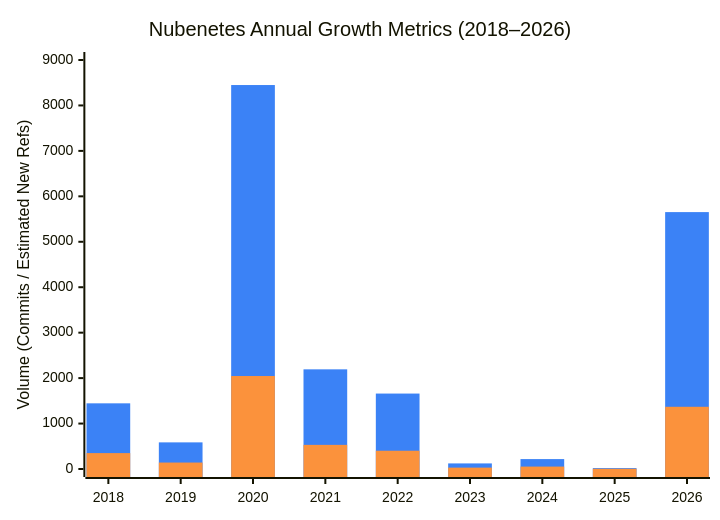
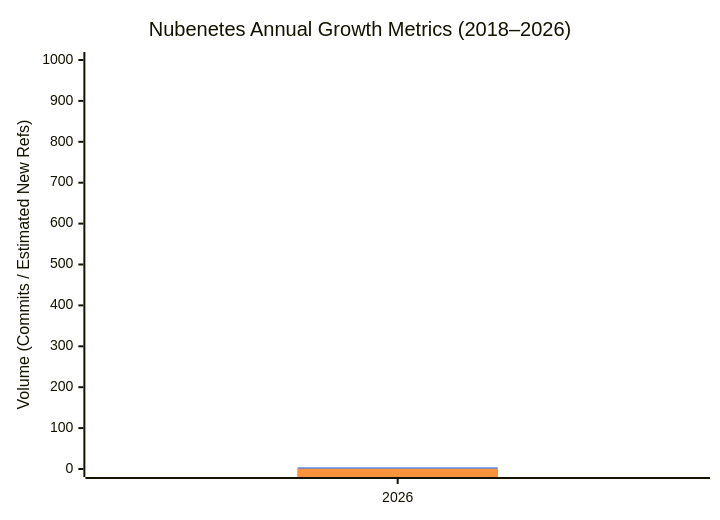
One commit to sec-js/awesome-kubernetes changed the first of 10 diagrams in README.md. Above: the diagram before and after it, drawn with Mermaid. The commit also changed other lines of this file and 31 other files, not shown here.

````diff
--- a/README.md
+++ b/README.md
@@ -184,15 +176,15 @@
 ```mermaid
 ---
 config:
   themeVariables:
     xyChart:
       plotColorPalette: '#3b82f6, #fb923c'
   theme: mc
 ---
 xychart-beta
     title "Nubenetes Annual Growth Metrics (2018–2026)"
-    x-axis ["2018", "2019", "2020", "2021", "2022", "2023", "2024", "2025", "2026"]
-    y-axis "Volume (Commits / Estimated New Refs)" 0 --> 9000
-    bar [1445, 586, 8449, 2193, 1660, 123, 218, 20, 5653]
-    bar [350, 142, 2046, 531, 402, 30, 53, 5, 1369]
+    x-axis ["2026"]
+    y-axis "Volume (Commits / Estimated New Refs)" 0 --> 1000
+    bar [4]
+    bar [1]
 ```
````
